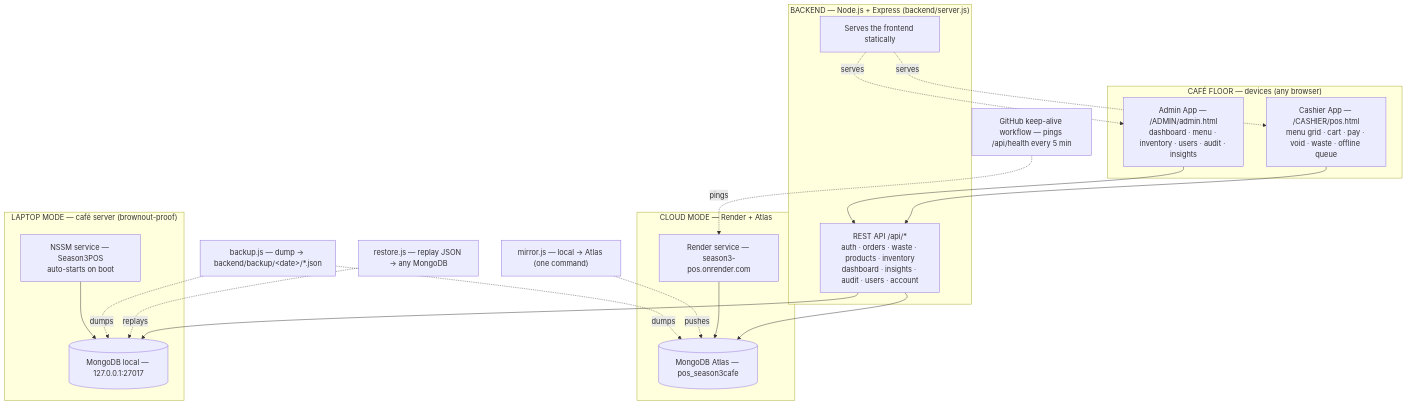
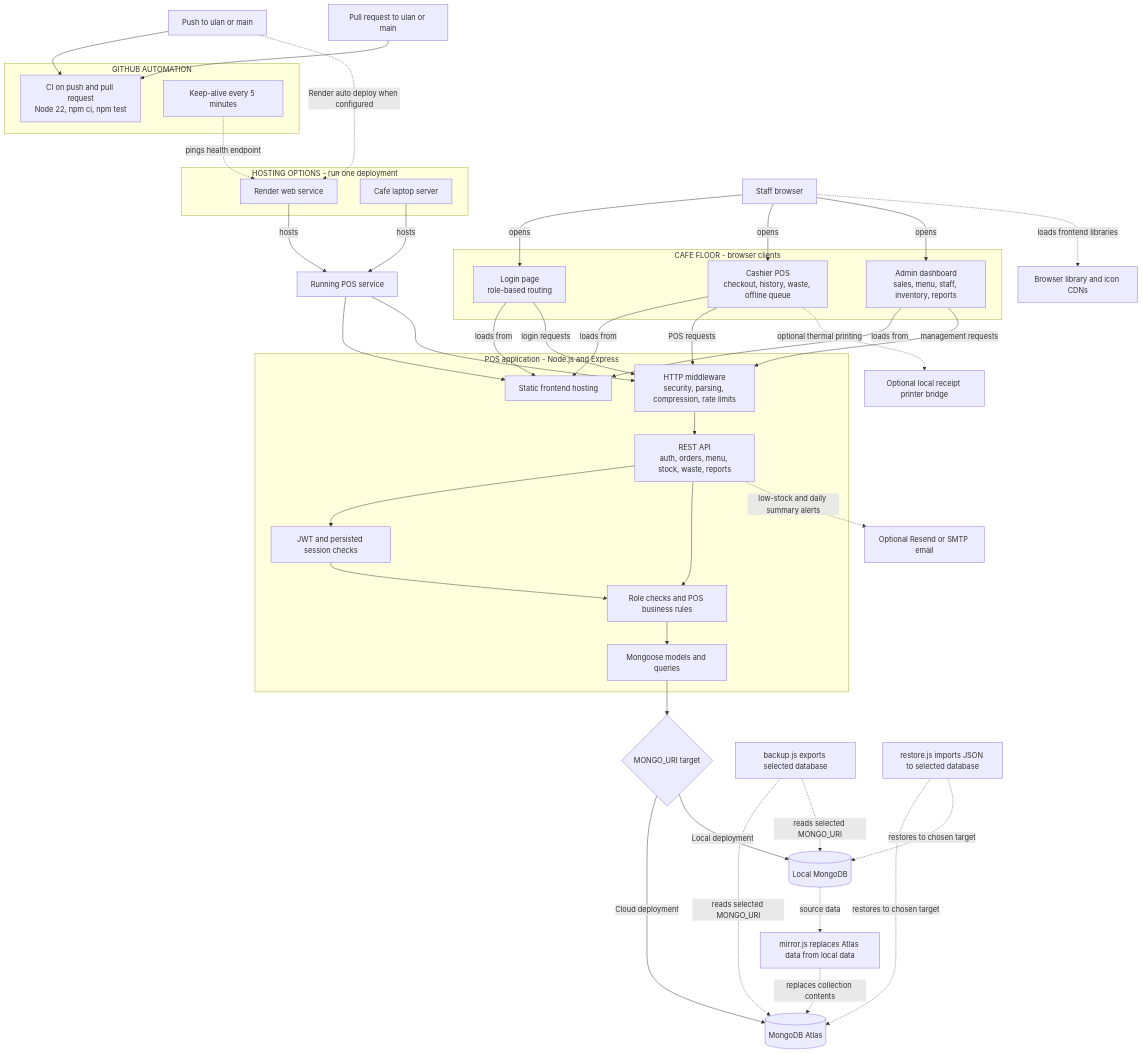
Before and after one commit to gypsy074/POS-SYSTEM-SEASON3: the diagram in docs/workflow/1-system-architecture.mmd, drawn with Mermaid. The commit also changed 11 other files, not shown here.

First line of the commit message:
Update workflow diagrams and business docs

```diff
--- a/docs/workflow/1-system-architecture.mmd
+++ b/docs/workflow/1-system-architecture.mmd
@@ -1,39 +1,75 @@
 flowchart TB
-    subgraph devices["CAFÉ FLOOR — devices (any browser)"]
-        cashier["Cashier App — /CASHIER/pos.html<br/>menu grid · cart · pay · void · waste · offline queue"]
-        admin["Admin App — /ADMIN/admin.html<br/>dashboard · menu · inventory · users · audit · insights"]
+    subgraph clients["CAFE FLOOR - browser clients"]
+        cashier["Cashier POS<br/>checkout, history, waste, offline queue"]
+        admin["Admin dashboard<br/>sales, menu, staff, inventory, reports"]
+        login["Login page<br/>role-based routing"]
     end
 
-    subgraph backend["BACKEND — Node.js + Express (backend/server.js)"]
-        api["REST API /api/*<br/>auth · orders · waste · products · inventory<br/>dashboard · insights · audit · users · account"]
-        static["Serves the frontend statically"]
+    subgraph app["POS application - Node.js and Express"]
+        frontend["Static frontend hosting"]
+        middleware["HTTP middleware<br/>security, parsing, compression, rate limits"]
+        api["REST API<br/>auth, orders, menu, stock, waste, reports"]
+        auth["JWT and persisted session checks"]
+        rules["Role checks and POS business rules"]
+        odm["Mongoose models and queries"]
     end
 
-    subgraph cloud["CLOUD MODE — Render + Atlas"]
-        render["Render service — season3-pos.onrender.com"]
-        atlas[("MongoDB Atlas — pos_season3cafe")]
+    browser["Staff browser"]
+    browser -->|"opens"| login
+    browser -->|"opens"| cashier
+    browser -->|"opens"| admin
+    login -->|"loads from"| frontend
+    cashier -->|"loads from"| frontend
+    admin -->|"loads from"| frontend
+    login -->|"login requests"| middleware
+    cashier -->|"POS requests"| middleware
+    admin -->|"management requests"| middleware
+    middleware --> api
+    api --> auth
+    auth --> rules
+    api --> rules
+    rules --> odm
+
+    subgraph hosting["HOSTING OPTIONS - run one deployment"]
+        render["Render web service"]
+        laptop["Cafe laptop server"]
     end
+    posServer["Running POS service"]
+    render -->|"hosts"| posServer
+    laptop -->|"hosts"| posServer
+    posServer --> frontend
+    posServer --> middleware
 
-    subgraph laptop["LAPTOP MODE — café server (brownout-proof)"]
-        local[("MongoDB local — 127.0.0.1:27017")]
-        nssm["NSSM service — Season3POS<br/>auto-starts on boot"]
+    databaseChoice{"MONGO_URI target"}
+    odm --> databaseChoice
+    atlas[("MongoDB Atlas")]
+    localdb[("Local MongoDB")]
+    databaseChoice -->|"Cloud deployment"| atlas
+    databaseChoice -->|"Local deployment"| localdb
+    mail["Optional Resend or SMTP email"]
+    printer["Optional local receipt printer bridge"]
+    assetCdn["Browser library and icon CDNs"]
+    api -.->|"low-stock and daily summary alerts"| mail
+    cashier -.->|"optional thermal printing"| printer
+    browser -.->|"loads frontend libraries"| assetCdn
+
+    subgraph automation["GITHUB AUTOMATION"]
+        ci["CI on push and pull request<br/>Node 22, npm ci, npm test"]
+        keepalive["Keep-alive every 5 minutes"]
     end
+    gitPush["Push to ulan or main"]
+    pullRequest["Pull request to ulan or main"]
+    gitPush --> ci
+    pullRequest --> ci
+    gitPush -.->|"Render auto deploy when configured"| render
+    keepalive -.->|"pings health endpoint"| render
 
-    cashier --> api
-    admin --> api
-    static -. serves .-> cashier
-    static -. serves .-> admin
-    api --> atlas
-    api --> local
-    nssm --> local
-    render --> atlas
-
-    backup["backup.js — dump → backend/backup/&lt;date&gt;/*.json"]
-    restore["restore.js — replay JSON → any MongoDB"]
-    mirror["mirror.js — local → Atlas (one command)"]
-    backup -. dumps .-> atlas
-    backup -. dumps .-> local
-    restore -. replays .-> local
-    mirror -. pushes .-> atlas
-
-    keepalive["GitHub keep-alive workflow — pings /api/health every 5 min"] -. pings .-> render
+    backup["backup.js exports selected database"]
+    restore["restore.js imports JSON to selected database"]
+    mirror["mirror.js replaces Atlas data from local data"]
+    backup -.->|"reads selected MONGO_URI"| atlas
+    backup -.->|"reads selected MONGO_URI"| localdb
+    restore -.->|"restores to chosen target"| atlas
+    restore -.->|"restores to chosen target"| localdb
+    localdb -.->|"source data"| mirror
+    mirror -.->|"replaces collection contents"| atlas
```
